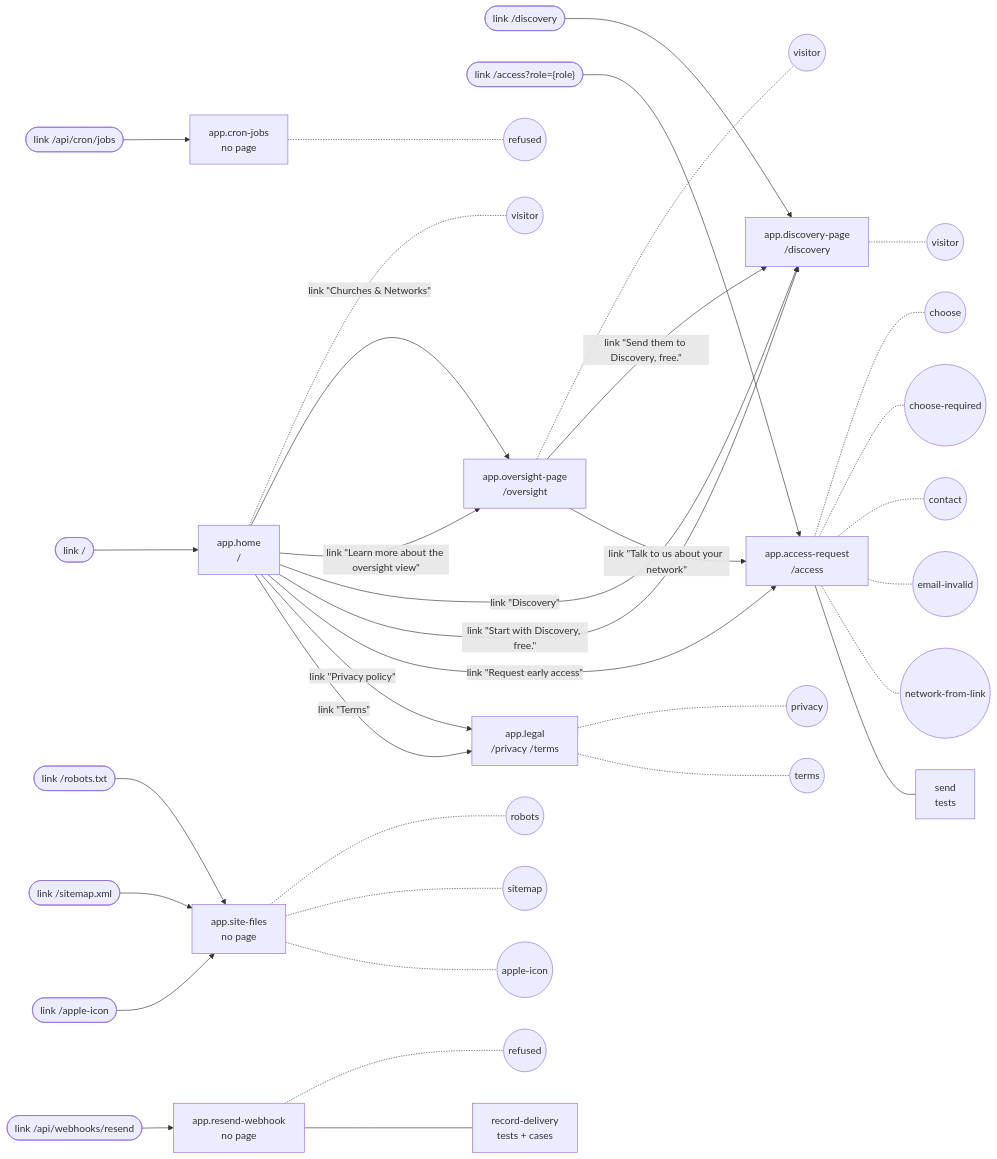
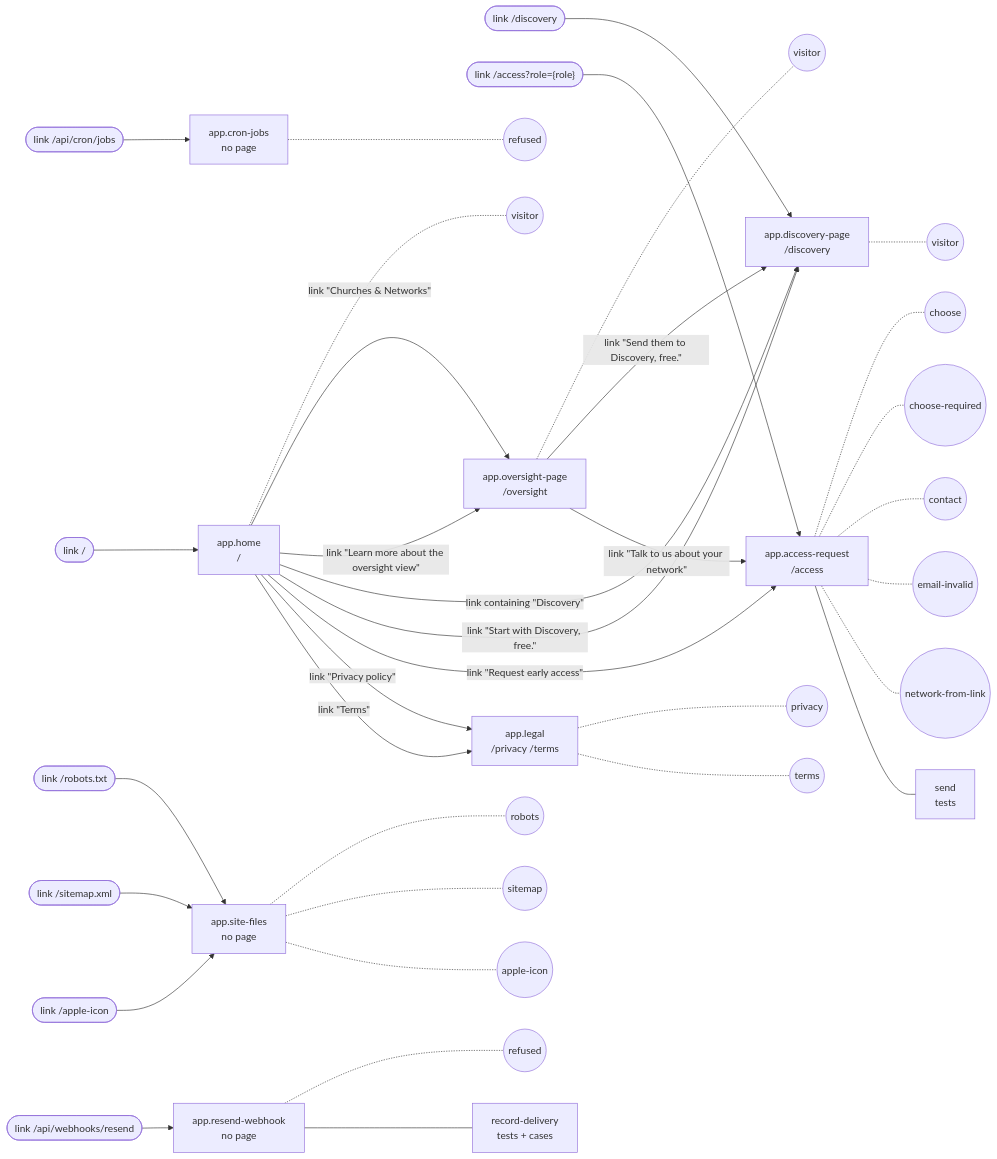
Before and after one commit to SebastianGarces/everyfield: the diagram in docs/feature-maps/app.md, drawn with Mermaid. The commit also changed other lines of this file and 5 other files, not shown here.

````diff
--- a/docs/feature-maps/app.md
+++ b/docs/feature-maps/app.md
@@ -6,53 +6,53 @@
 ```mermaid
 flowchart LR
   s0_link0(["link /api/cron/jobs"])
   s1_link0(["link /"])
   s3_link0(["link /discovery"])
   s4_link2(["link /access?role={role}"])
   s6_link0(["link /robots.txt"])
   s6_link1(["link /sitemap.xml"])
   s6_link2(["link /apple-icon"])
   s7_link0(["link /api/webhooks/resend"])
   s0["app.cron-jobs<br/>no page"]
   s0_link0 --> s0
   s0 -.- s0_st0(("refused"))
   s1["app.home<br/>/"]
   s1_link0 --> s1
   s1 -.- s1_st0(("visitor"))
   s2["app.oversight-page<br/>/oversight"]
   s1 -- "link #quot;Churches & Networks#quot;" --> s2
   s1 -- "link #quot;Learn more about the oversight view#quot;" --> s2
   s2 -.- s2_st0(("visitor"))
   s3["app.discovery-page<br/>/discovery"]
   s3_link0 --> s3
-  s1 -- "link #quot;Discovery#quot;" --> s3
+  s1 -- "link containing #quot;Discovery#quot;" --> s3
   s1 -- "link #quot;Start with Discovery, free.#quot;" --> s3
   s2 -- "link #quot;Send them to Discovery, free.#quot;" --> s3
   s3 -.- s3_st0(("visitor"))
   s4["app.access-request<br/>/access"]
   s1 -- "link #quot;Request early access#quot;" --> s4
   s2 -- "link #quot;Talk to us about your network#quot;" --> s4
   s4_link2 --> s4
   s4 -.- s4_st0(("choose"))
   s4 -.- s4_st1(("choose-required"))
   s4 -.- s4_st2(("contact"))
   s4 -.- s4_st3(("email-invalid"))
   s4 -.- s4_st4(("network-from-link"))
   s4 --- s4_b0["send<br/>tests"]
   s5["app.legal<br/>/privacy /terms"]
   s1 -- "link #quot;Privacy policy#quot;" --> s5
   s1 -- "link #quot;Terms#quot;" --> s5
   s5 -.- s5_st0(("privacy"))
   s5 -.- s5_st1(("terms"))
   s6["app.site-files<br/>no page"]
   s6_link0 --> s6
   s6_link1 --> s6
   s6_link2 --> s6
   s6 -.- s6_st0(("robots"))
   s6 -.- s6_st1(("sitemap"))
   s6 -.- s6_st2(("apple-icon"))
   s7["app.resend-webhook<br/>no page"]
   s7_link0 --> s7
   s7 -.- s7_st0(("refused"))
   s7 --- s7_b0["record-delivery<br/>tests + cases"]
 ```
````
